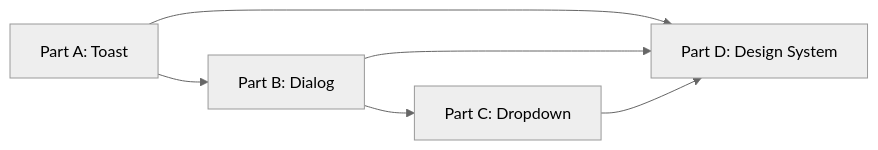
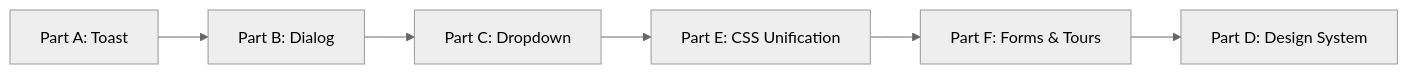
One commit to vassovass/scl-v3 changed the diagram in docs/prds/admin-feedback-system/PRD_21_shadcn_Integration.md. Above: the diagram before and after it, drawn with Mermaid (neutral theme). The commit also changed other lines of this file, not shown here.

Commit message:
feat: Add PRD outlining shadcn/ui integration, including toast, dialog, form components, CSS unification, and Joyride tour updates.

````diff
--- a/docs/prds/admin-feedback-system/PRD_21_shadcn_Integration.md
+++ b/docs/prds/admin-feedback-system/PRD_21_shadcn_Integration.md
@@ -105,8 +225,8 @@
 ```mermaid
 graph LR
     A[Part A: Toast] --> B[Part B: Dialog]
     B --> C[Part C: Dropdown]
-    A --> D[Part D: Design System]
-    B --> D
-    C --> D
+    C --> E[Part E: CSS Unification]
+    E --> F[Part F: Forms & Tours]
+    F --> D[Part D: Design System]
 ```
````
